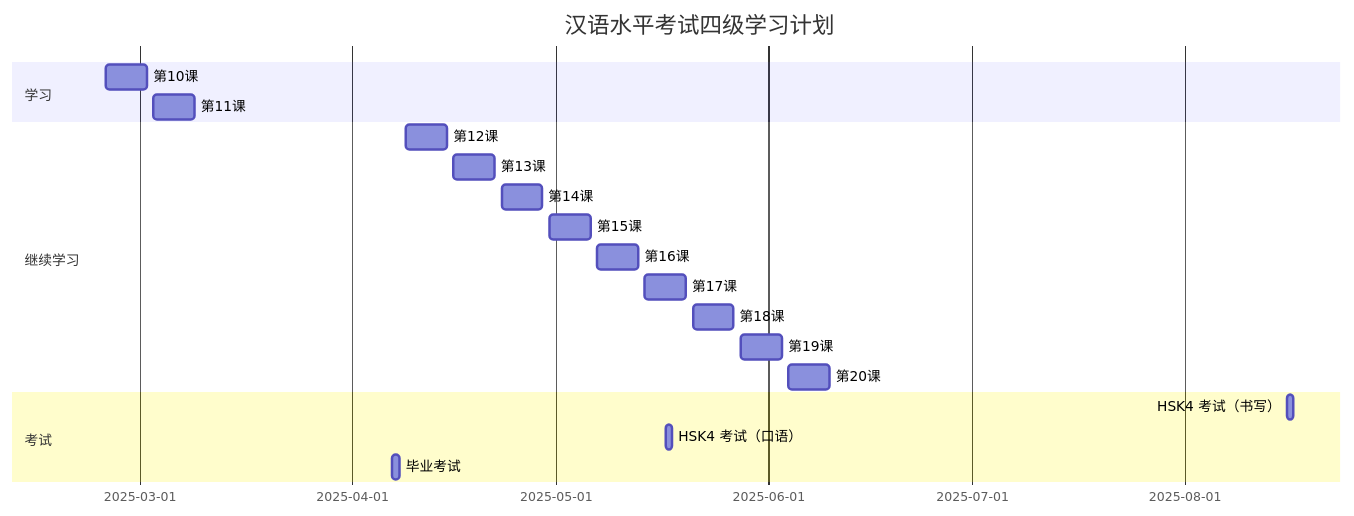
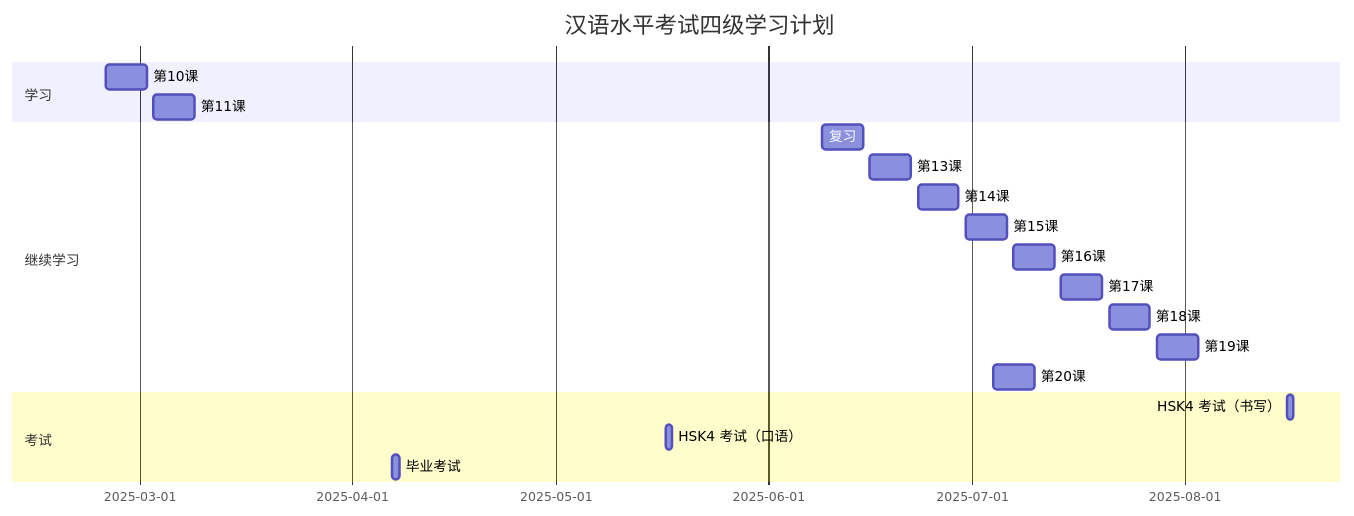
The diagram in Chinese/HSK4/HSK4计划.md (MoisesAdame/obsidian-notes), drawn with Mermaid before and after one commit. The commit also changed 12 other files, not shown here.

````diff
--- a/Chinese/HSK4/HSK4计划.md
+++ b/Chinese/HSK4/HSK4计划.md
@@ -8,24 +8,24 @@
 ```mermaid
 gantt
     title 汉语水平考试四级学习计划
     dateFormat YYYY-MM-DD
     section 学习
     第10课 : 2025-02-24, 2025-03-02
     第11课 : 2025-03-03, 2025-03-09
     
     section 继续学习
-    第12课 : 2025-04-09, 2025-04-15
-    第13课 : 2025-04-16, 2025-04-22
-    第14课 : 2025-04-23, 2025-04-29
-    第15课 : 2025-04-30, 2025-05-06
-    第16课 : 2025-05-07, 2025-05-13
-    第17课 : 2025-05-14, 2025-05-20
-    第18课 : 2025-05-21, 2025-05-27
-    第19课 : 2025-05-28, 2025-06-03
-    第20课 : 2025-06-04, 2025-06-10
+	复习   : 2025-06-09, 2025-06-15
+    第13课 : 2025-06-16, 2025-06-22
+    第14课 : 2025-06-23, 2025-06-29
+    第15课 : 2025-06-30, 2025-07-06
+    第16课 : 2025-07-07, 2025-07-13
+    第17课 : 2025-07-14, 2025-07-20
+    第18课 : 2025-07-21, 2025-07-27
+    第19课 : 2025-07-28, 2025-08-03
+    第20课 : 2025-07-04, 2025-07-10
     
 	section 考试
     HSK4 考试（书写） : 2025-08-16, 2025-08-17
     HSK4 考试（口语） : 2025-05-17, 2025-05-18
     毕业考试 : 2025-04-07, 2025-04-08
 ```
````
